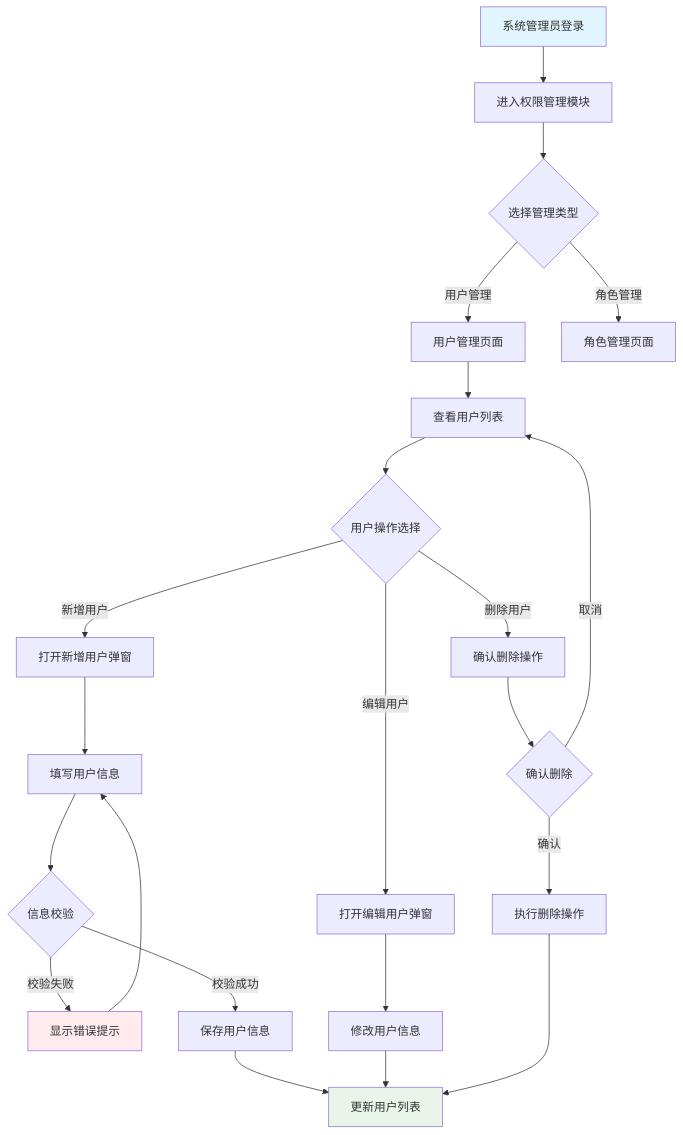
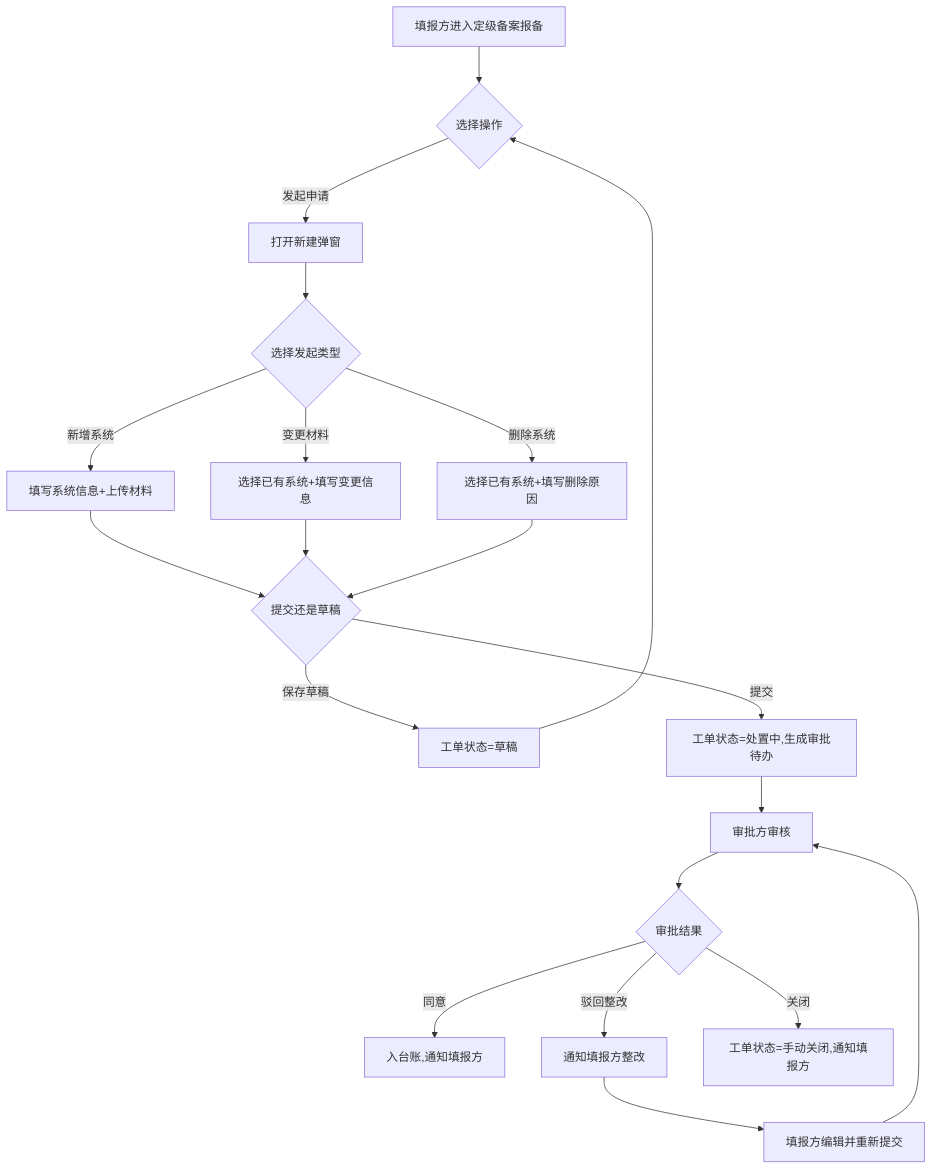
One commit to tiantianmanmanzou/0_ProductDesignKit changed the diagram in 1DesignPrompt/Design_ProductDesign产品设计规范-V3.md. Above: the diagram before and after it, drawn with Mermaid. The commit also changed other lines of this file, not shown here.

````diff
--- a/1DesignPrompt/Design_ProductDesign产品设计规范-V3.md
+++ b/1DesignPrompt/Design_ProductDesign产品设计规范-V3.md
@@ -441,29 +171,22 @@
 ```mermaid
 graph TD
-    A[系统管理员登录] --> B[进入权限管理模块]
-    B --> C{选择管理类型}
-  
-    C -->|用户管理| D[用户管理页面]
-    C -->|角色管理| E[角色管理页面]
-  
-    D --> D1[查看用户列表]
-    D1 --> D2{用户操作选择}
-    D2 -->|新增用户| D3[打开新增用户弹窗]
-    D2 -->|编辑用户| D4[打开编辑用户弹窗]
-    D2 -->|删除用户| D5[确认删除操作]
-  
-    D3 --> D7[填写用户信息]
-    D7 --> D8{信息校验}
-    D8 -->|校验失败| D9[显示错误提示] --> D7
-    D8 -->|校验成功| D10[保存用户信息]
-    D10 --> D11[更新用户列表]
-  
-    D4 --> D12[修改用户信息] --> D11
-    D5 --> D16{确认删除}
-    D16 -->|确认| D17[执行删除操作] --> D11
-    D16 -->|取消| D1
-
-    style A fill:#e1f5fe
-    style D11 fill:#e8f5e8
-    style D9 fill:#ffebee
+    A[填报方进入定级备案报备] --> B{选择操作}
+    B -->|发起申请| C[打开新建弹窗]
+    C --> D{选择发起类型}
+    D -->|新增系统| E1[填写系统信息+上传材料]
+    D -->|变更材料| E2[选择已有系统+填写变更信息]
+    D -->|删除系统| E3[选择已有系统+填写删除原因]
+    E1 --> F{提交还是草稿}
+    E2 --> F
+    E3 --> F
+    F -->|保存草稿| G[工单状态=草稿]
+    F -->|提交| H[工单状态=处置中,生成审批待办]
+    G --> B
+    H --> I[审批方审核]
+    I --> J{审批结果}
+    J -->|同意| K[入台账,通知填报方]
+    J -->|驳回整改| L[通知填报方整改]
+    J -->|关闭| M[工单状态=手动关闭,通知填报方]
+    L --> N[填报方编辑并重新提交]
+    N --> I
 ```
````
